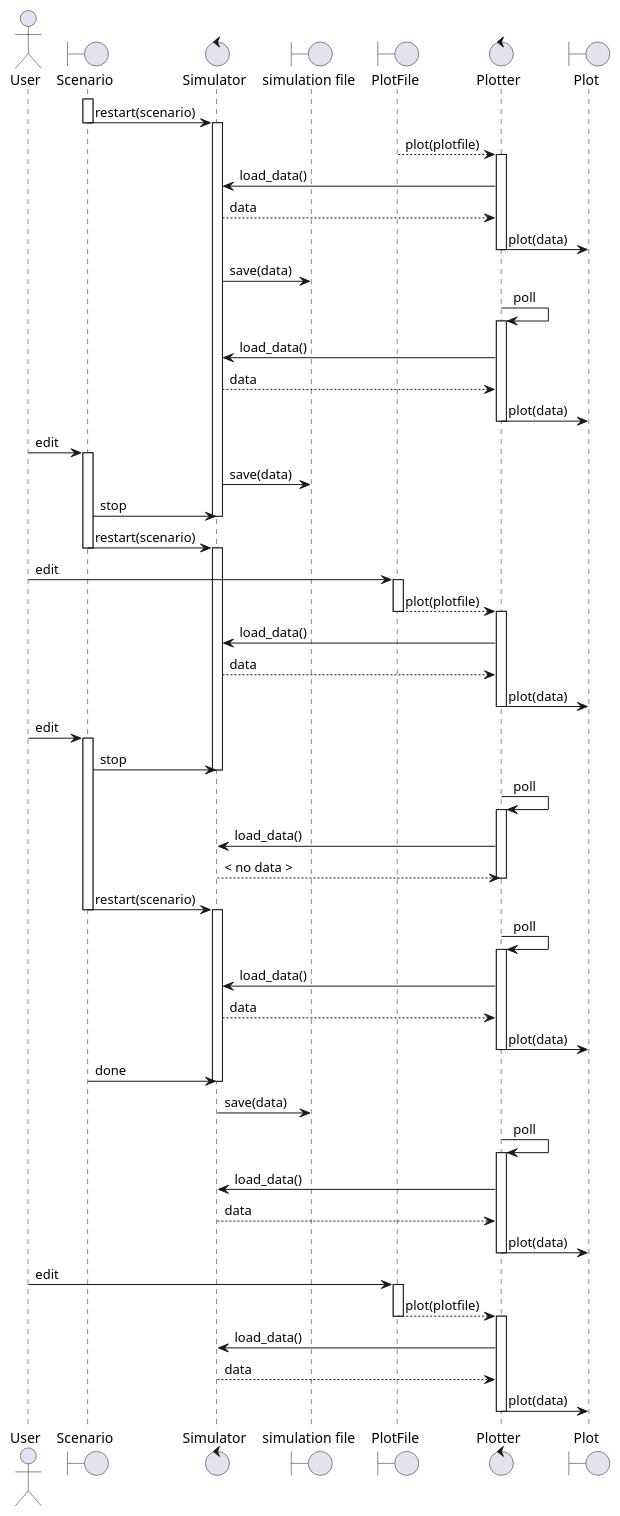
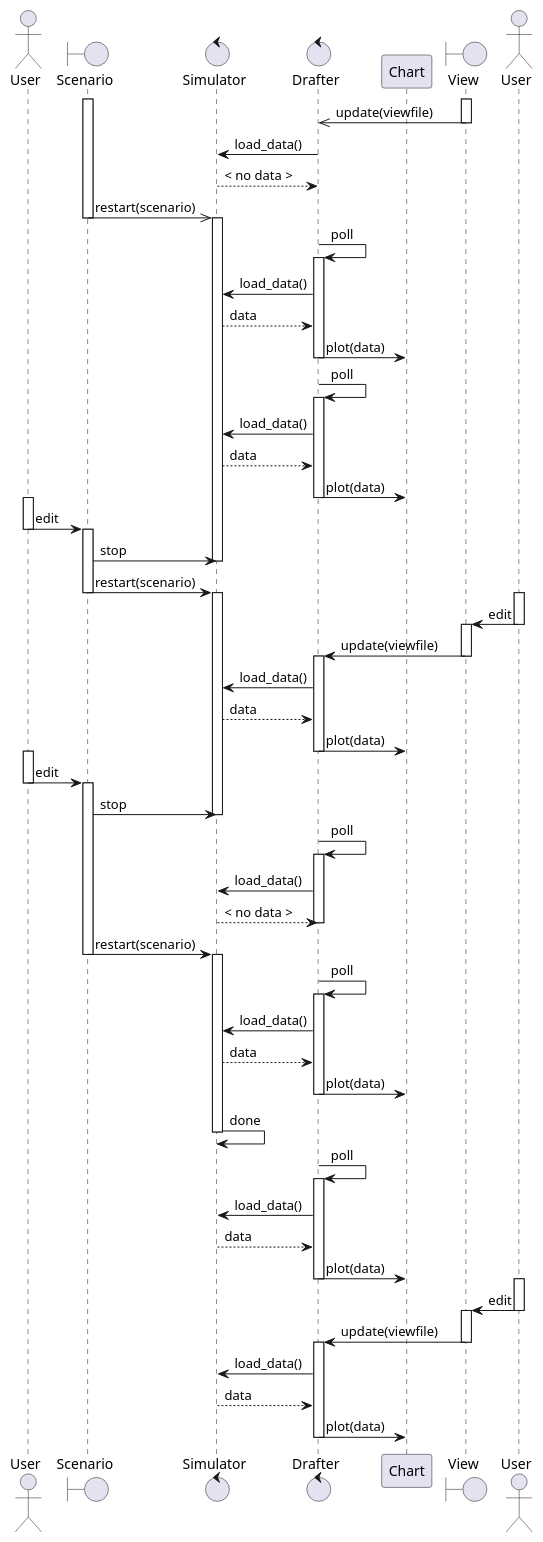
One commit to kghose/groho changed the diagram in docs/uml/sequence.puml. Above: the diagram before and after it, drawn with PlantUML. The commit also changed 1 other file, not shown here.

Commit message:
Redo sequence diagram
This simplifies some of the
entities involved.

```diff
--- a/docs/uml/sequence.puml
+++ b/docs/uml/sequence.puml
@@ -1,112 +1,124 @@
 @startuml Sequence
 
 actor User
 boundary Scenario
-control Simulator
-boundary "simulation file" as simf
-boundary "PlotFile" as plotf
-control Plotter
-boundary Plot
+control "Simulator" as sim
+control Drafter
+participant Chart
+boundary "View" as plotf
+actor "User" as u2
 
 ' Inital run
 
 activate Scenario
-Scenario -> Simulator: restart(scenario)
+activate plotf
+plotf ->> Drafter: update(viewfile)
+deactivate plotf
+Drafter -> sim: load_data()
+Drafter <-- sim: < no data >
+
+
+Scenario ->> sim: restart(scenario)
 deactivate Scenario
-activate Simulator
+activate sim
 
-Plotter <-- plotf: plot(plotfile)
-activate Plotter
-Plotter -> Simulator: load_data()
-Plotter <-- Simulator: data
-Plotter -> Plot: plot(data)
-deactivate Plotter
 
-Simulator -> simf: save(data)
+Drafter -> Drafter: poll
+activate Drafter
+Drafter -> sim: load_data()
+Drafter <-- sim: data
+Drafter -> Chart: plot(data)
+deactivate Drafter
 
-Plotter -> Plotter: poll
-activate Plotter
-Plotter -> Simulator: load_data()
-Plotter <-- Simulator: data
-Plotter -> Plot: plot(data)
-deactivate Plotter
+
+Drafter -> Drafter: poll
+activate Drafter
+Drafter -> sim: load_data()
+Drafter <-- sim: data
+Drafter -> Chart: plot(data)
+deactivate Drafter
 
 
 ' Restart after scenario edit
 
+activate User
 User -> Scenario: edit
+deactivate User
 activate Scenario
 
-Simulator -> simf: save(data)
-
-Scenario -> Simulator: stop
-deactivate Simulator
-Scenario -> Simulator: restart(scenario)
+Scenario -> sim: stop
+deactivate sim
+Scenario -> sim: restart(scenario)
 deactivate Scenario
-activate Simulator
-
+activate sim
 
 ' User edits plot file
 
-User -> plotf: edit
+activate u2
+u2 -> plotf: edit
+deactivate u2
+
 activate plotf
-Plotter <-- plotf: plot(plotfile)
+Drafter <- plotf: update(viewfile)
 deactivate plotf
-activate Plotter
-Plotter -> Simulator: load_data()
-Plotter <-- Simulator: data
-Plotter -> Plot: plot(data)
-deactivate Plotter
+activate Drafter
+Drafter -> sim: load_data()
+Drafter <-- sim: data
+Drafter -> Chart: plot(data)
+deactivate Drafter
 
 
 ' User edits scenario, plotter tries to plot at the same time
+activate User
 User -> Scenario: edit
+deactivate User
 activate Scenario
-Scenario -> Simulator: stop
-deactivate Simulator
+Scenario -> sim: stop
+deactivate sim
 
-' Plotter poll returns no data
-Plotter -> Plotter: poll
-activate Plotter
-Plotter -> Simulator: load_data()
-Plotter <-- Simulator: < no data >
-deactivate Plotter
+' Drafter poll returns no data
+Drafter -> Drafter: poll
+activate Drafter
+Drafter -> sim: load_data()
+Drafter <-- sim: < no data >
+deactivate Drafter
 
 
-Scenario -> Simulator: restart(scenario)
+Scenario -> sim: restart(scenario)
 deactivate Scenario
-activate Simulator
+activate sim
+
+Drafter -> Drafter: poll
+activate Drafter
+Drafter -> sim: load_data()
+Drafter <-- sim: data
+Drafter -> Chart: plot(data)
+deactivate Drafter
 
 
-Plotter -> Plotter: poll
-activate Plotter
-Plotter -> Simulator: load_data()
-Plotter <-- Simulator: data
-Plotter -> Plot: plot(data)
-deactivate Plotter
+sim -> sim: done
+deactivate sim
 
-Scenario -> Simulator: done
-deactivate Simulator
-Simulator -> simf: save(data)
-
-Plotter -> Plotter: poll
-activate Plotter
-Plotter -> Simulator: load_data()
-Plotter <-- Simulator: data
-Plotter -> Plot: plot(data)
-deactivate Plotter
+Drafter -> Drafter: poll
+activate Drafter
+Drafter -> sim: load_data()
+Drafter <-- sim: data
+Drafter -> Chart: plot(data)
+deactivate Drafter
 
 
-' User edits plot file
+' User edits plot file again
+activate u2
+u2 -> plotf: edit
+deactivate u2
+activate plotf
+Drafter <- plotf: update(viewfile)
+deactivate plotf
 
-User -> plotf: edit
-activate plotf
-Plotter <-- plotf: plot(plotfile)
-deactivate plotf
-activate Plotter
-Plotter -> Simulator: load_data()
-Plotter <-- Simulator: data
-Plotter -> Plot: plot(data)
-deactivate Plotter
+activate Drafter
+Drafter -> sim: load_data()
+Drafter <-- sim: data
+Drafter -> Chart: plot(data)
+deactivate Drafter
 
 @enduml
```
